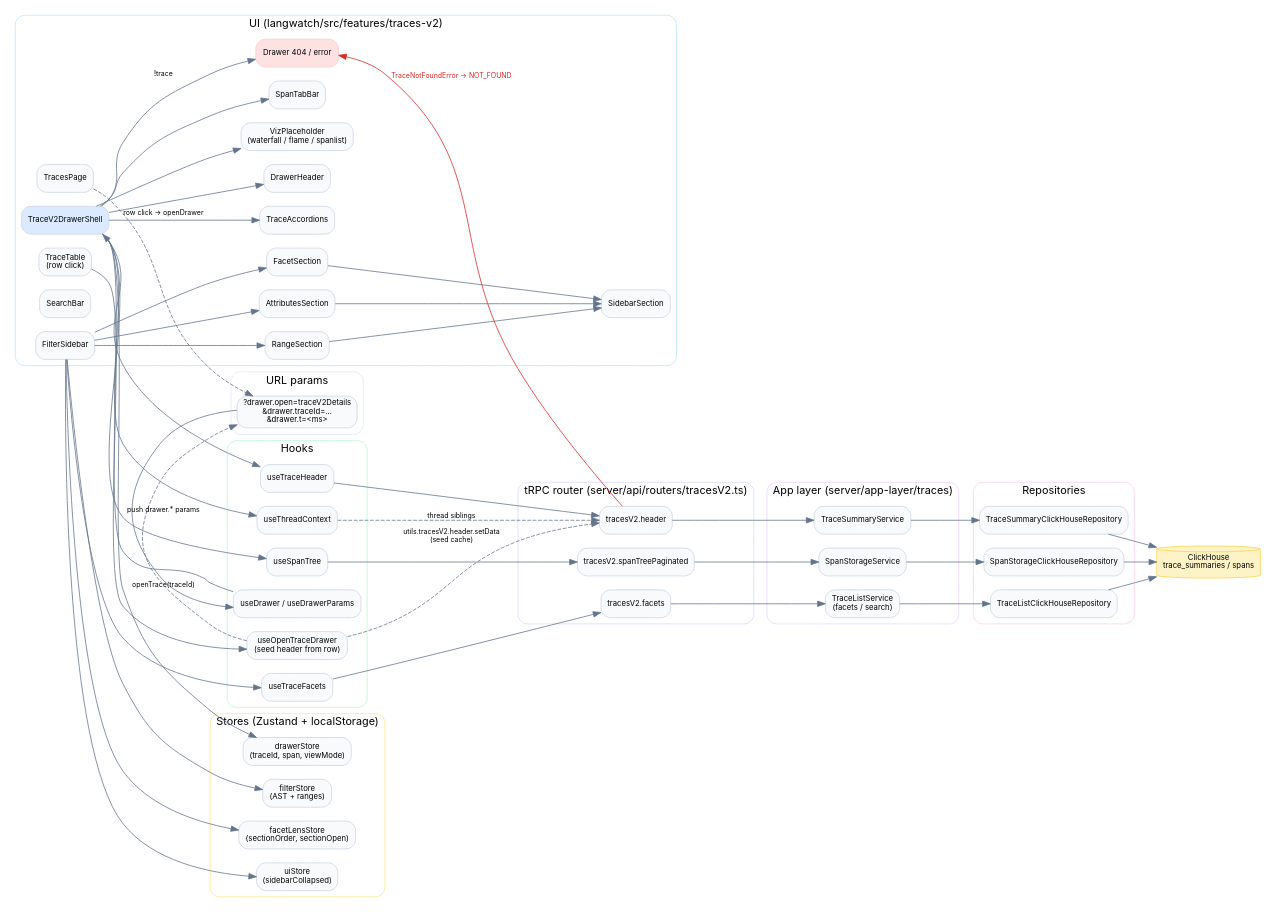
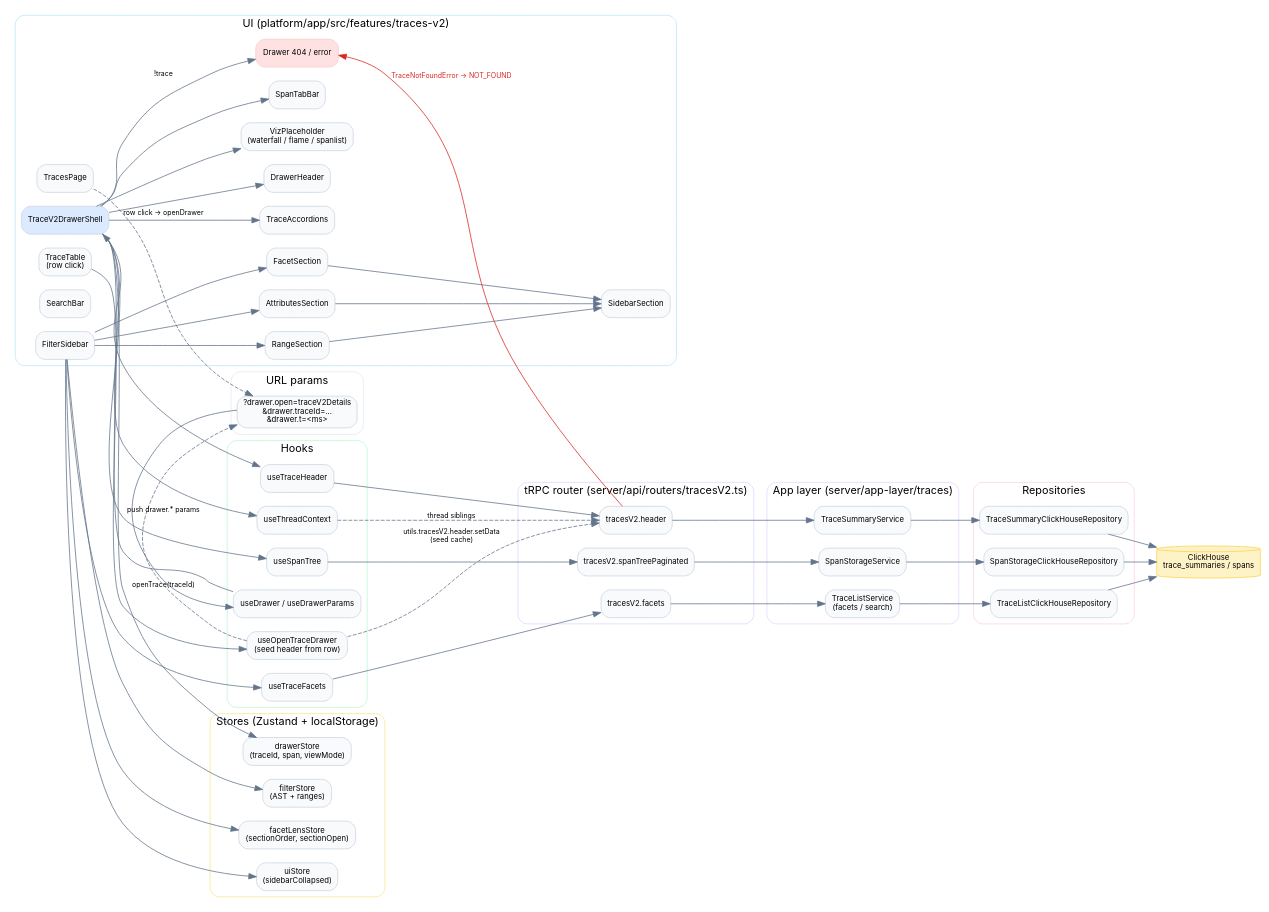
Before and after one commit to langwatch/langwatch: the diagram in platform/app/src/features/traces-v2/docs/trace-architecture.dot, drawn with Graphviz. The commit also changed 302 other files, not shown here.

```diff
--- a/platform/app/src/features/traces-v2/docs/trace-architecture.dot
+++ b/platform/app/src/features/traces-v2/docs/trace-architecture.dot
@@ -1,155 +1,155 @@
 // Trace drawer + facet sidebar architecture for the traces-v2 feature.
 //
 // Render with:
 //   dot -Tsvg trace-architecture.dot -o trace-architecture.svg
 //
 // Reflects the layout that backs the trace details drawer at
 // `/<project>/traces?drawer.open=traceV2Details&drawer.traceId=...`.
 
 digraph TraceArchitecture {
   rankdir=LR;
   fontname="Inter";
   node  [fontname="Inter", fontsize=10, shape=box, style="rounded,filled", color="#cbd5e1", fillcolor="#f8fafc"];
   edge  [fontname="Inter", fontsize=9, color="#64748b"];
 
   // ────────────────────────────── URL ──────────────────────────────
   subgraph cluster_url {
     label="URL params";
     style="rounded";
     color="#e2e8f0";
     URL [label="?drawer.open=traceV2Details\n&drawer.traceId=…\n&drawer.t=<ms>"];
   }
 
   // ───────────────────────── React surface ─────────────────────────
   subgraph cluster_ui {
-    label="UI (langwatch/src/features/traces-v2)";
+    label="UI (platform/app/src/features/traces-v2)";
     style="rounded";
     color="#bae6fd";
 
     TracesPage    [label="TracesPage"];
     TraceTable    [label="TraceTable\n(row click)"];
     FilterSidebar [label="FilterSidebar"];
     SearchBar     [label="SearchBar"];
 
     DrawerShell   [label="TraceV2DrawerShell", fillcolor="#dbeafe"];
     DrawerHeader  [label="DrawerHeader"];
     Viz           [label="VizPlaceholder\n(waterfall / flame / spanlist)"];
     SpanTabBar    [label="SpanTabBar"];
     Accordions    [label="TraceAccordions"];
     EmptyState    [label="Drawer 404 / error", fillcolor="#fee2e2", color="#fecaca"];
 
     FacetSection      [label="FacetSection"];
     RangeSection      [label="RangeSection"];
     AttributesSection [label="AttributesSection"];
     SidebarSection    [label="SidebarSection"];
 
     FilterSidebar -> FacetSection;
     FilterSidebar -> RangeSection;
     FilterSidebar -> AttributesSection;
     FacetSection      -> SidebarSection;
     RangeSection      -> SidebarSection;
     AttributesSection -> SidebarSection;
 
     DrawerShell -> DrawerHeader;
     DrawerShell -> Viz;
     DrawerShell -> SpanTabBar;
     DrawerShell -> Accordions;
     DrawerShell -> EmptyState [label="!trace"];
   }
 
   // ───────────────────────────── Hooks ─────────────────────────────
   subgraph cluster_hooks {
     label="Hooks";
     style="rounded";
     color="#bbf7d0";
 
     useOpen      [label="useOpenTraceDrawer\n(seed header from row)"];
     useHeader    [label="useTraceHeader"];
     useSpanTree  [label="useSpanTree"];
     useFacets    [label="useTraceFacets"];
     useThread    [label="useThreadContext"];
     useDrawer    [label="useDrawer / useDrawerParams"];
   }
 
   // ───────────────────────────── Stores ────────────────────────────
   subgraph cluster_stores {
     label="Stores (Zustand + localStorage)";
     style="rounded";
     color="#fde68a";
 
     DrawerStore  [label="drawerStore\n(traceId, span, viewMode)"];
     FilterStore  [label="filterStore\n(AST + ranges)"];
     LensStore    [label="facetLensStore\n(sectionOrder, sectionOpen)"];
     UIStore      [label="uiStore\n(sidebarCollapsed)"];
   }
 
   // ────────────────────────── Server tRPC ──────────────────────────
   subgraph cluster_trpc {
     label="tRPC router (server/api/routers/tracesV2.ts)";
     style="rounded";
     color="#ddd6fe";
 
     R_header    [label="tracesV2.header"];
     R_spans     [label="tracesV2.spanTreePaginated"];
     R_facets    [label="tracesV2.facets"];
   }
 
   // ──────────────────────────── App layer ──────────────────────────
   subgraph cluster_app {
     label="App layer (server/app-layer/traces)";
     style="rounded";
     color="#e9d5ff";
 
     SummaryService [label="TraceSummaryService"];
     SpansService   [label="SpanStorageService"];
     ListService    [label="TraceListService\n(facets / search)"];
   }
 
   // ────────────────────────── Repositories ─────────────────────────
   subgraph cluster_repo {
     label="Repositories";
     style="rounded";
     color="#fbcfe8";
 
     SummaryRepo [label="TraceSummaryClickHouseRepository"];
     SpansRepo   [label="SpanStorageClickHouseRepository"];
     ListRepo    [label="TraceListClickHouseRepository"];
   }
 
   // ───────────────────────────── Storage ───────────────────────────
   CH [label="ClickHouse\ntrace_summaries / spans", shape=cylinder, fillcolor="#fef3c7", color="#fcd34d"];
 
   // ──────────────────────── Edges: UI → URL ────────────────────────
   TracesPage    -> URL [style=dashed, label="row click → openDrawer"];
   TraceTable    -> useOpen;
   useOpen       -> URL  [style=dashed, label="push drawer.* params"];
   useOpen       -> R_header [style=dashed, label="utils.tracesV2.header.setData\n(seed cache)"];
 
   // URL → drawer
   URL           -> useDrawer;
   useDrawer     -> DrawerShell;
   DrawerShell   -> DrawerStore [label="openTrace(traceId)"];
 
   // ─────────────── UI → hooks → stores / network ────────────────
   DrawerShell   -> useHeader;
   DrawerShell   -> useSpanTree;
   DrawerShell   -> useThread;
 
   useHeader     -> R_header;
   useSpanTree   -> R_spans;
   useThread     -> R_header [style=dashed, label="thread siblings"];
 
   FilterSidebar -> useFacets;
   FilterSidebar -> FilterStore;
   FilterSidebar -> LensStore;
   FilterSidebar -> UIStore;
   useFacets     -> R_facets;
 
   // ────────────────────── tRPC → app layer ──────────────────────
   R_header -> SummaryService -> SummaryRepo -> CH;
   R_spans  -> SpansService   -> SpansRepo   -> CH;
   R_facets -> ListService    -> ListRepo    -> CH;
 
   // ─────────────────────── Error fallback ───────────────────────
   R_header -> EmptyState [color="#dc2626", label="TraceNotFoundError → NOT_FOUND", fontcolor="#dc2626"];
 }
```
